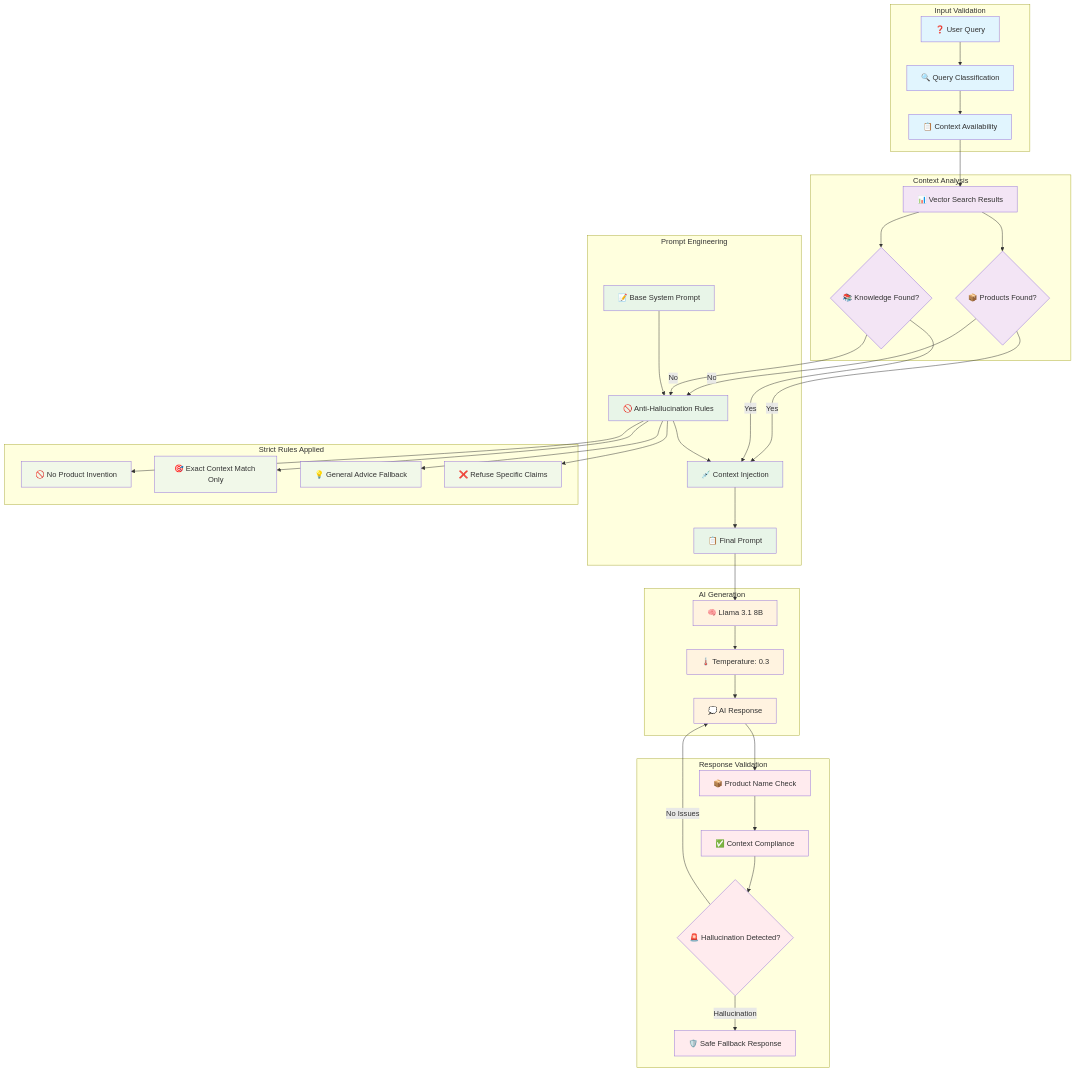
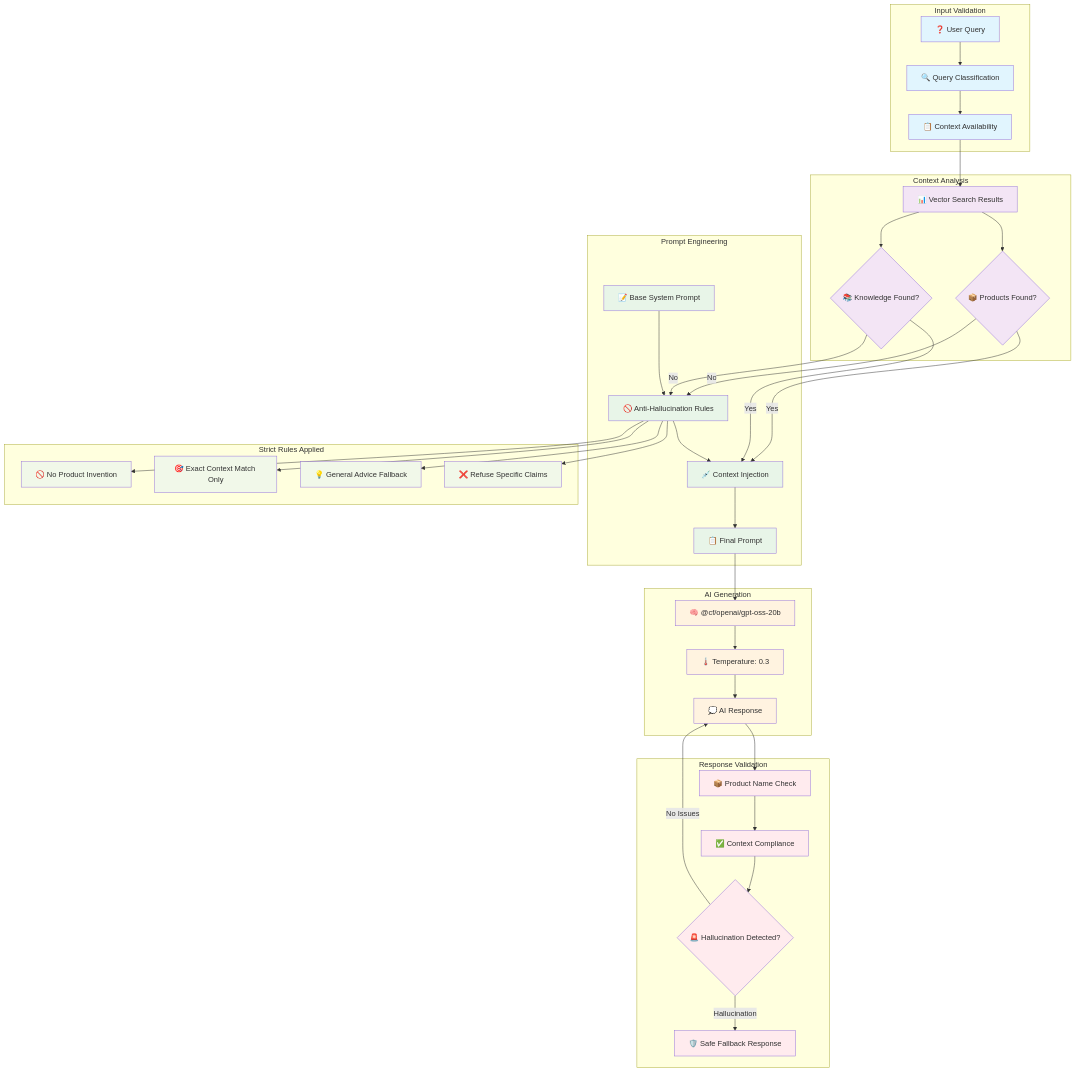
One commit to russellkmoore/mercora changed the third of 4 diagrams in docs/ai-pipeline.md. Above: the diagram before and after it, drawn with Mermaid. The commit also changed other lines of this file, not shown here.

Commit message:
docs(04-01): name the current text model in the AI pipeline diagrams

````diff
--- a/docs/ai-pipeline.md
+++ b/docs/ai-pipeline.md
@@ -167,7 +167,7 @@
 
     %% AI Generation
     subgraph "AI Generation"
-        LlamaModel[🧠 Llama 3.1 8B]
+        TextModel["🧠 @cf/openai/gpt-oss-20b"]
         LowTemp[🌡️ Temperature: 0.3]
         Response[💭 AI Response]
     end
@@ -197,8 +197,8 @@
     StrictRules --> ContextInjection
     ContextInjection --> FinalPrompt
 
-    FinalPrompt --> LlamaModel
-    LlamaModel --> LowTemp
+    FinalPrompt --> TextModel
+    TextModel --> LowTemp
     LowTemp --> Response
 
     Response --> ProductMentions
@@ -232,7 +232,7 @@
     class UserQuery,QueryType,ContextCheck input
     class VectorResults,ProductAvailable,KnowledgeAvailable analysis
     class BasePrompt,StrictRules,ContextInjection,FinalPrompt prompt
-    class LlamaModel,LowTemp,Response ai
+    class TextModel,LowTemp,Response ai
     class ProductMentions,ContextCompliance,FallbackTrigger,SafeResponse validation
     class NoInvention,ExactMatch,GeneralAdvice,RefuseSpecific rules
 ```
````
